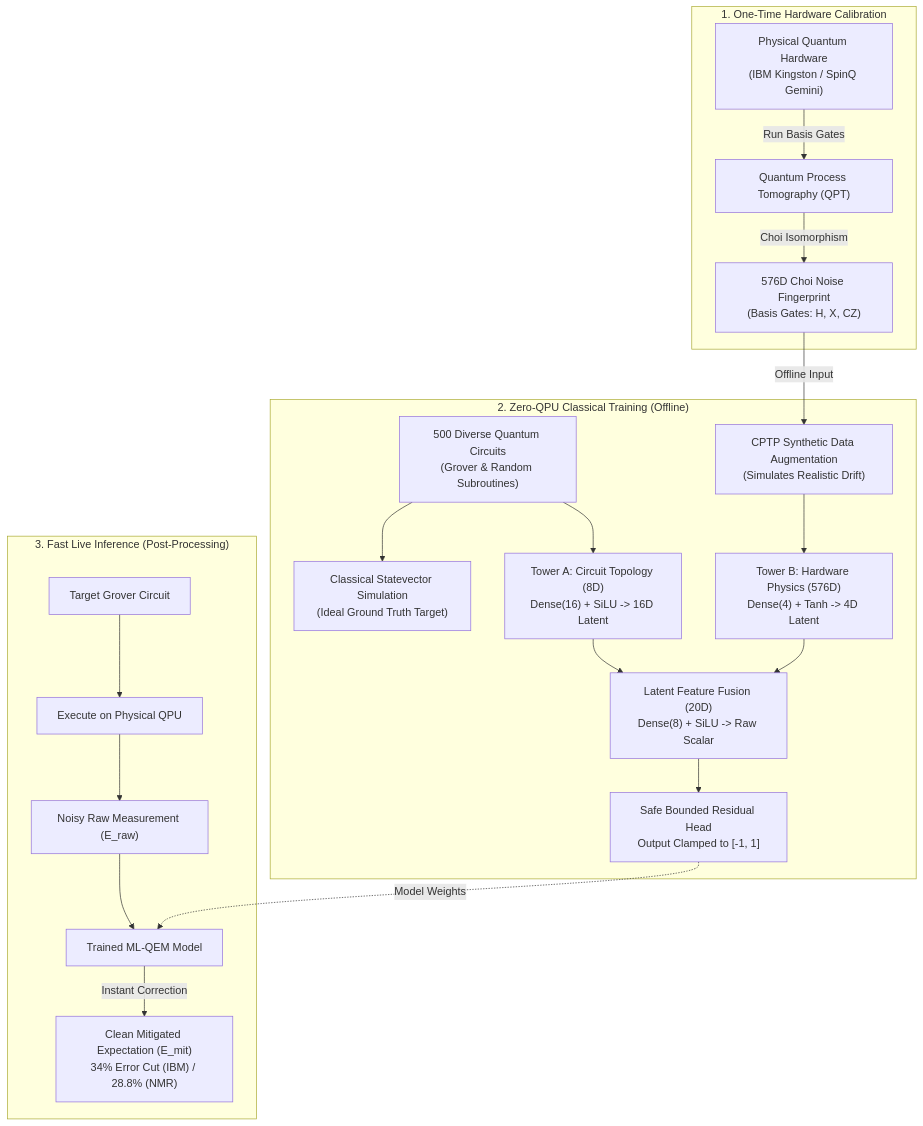
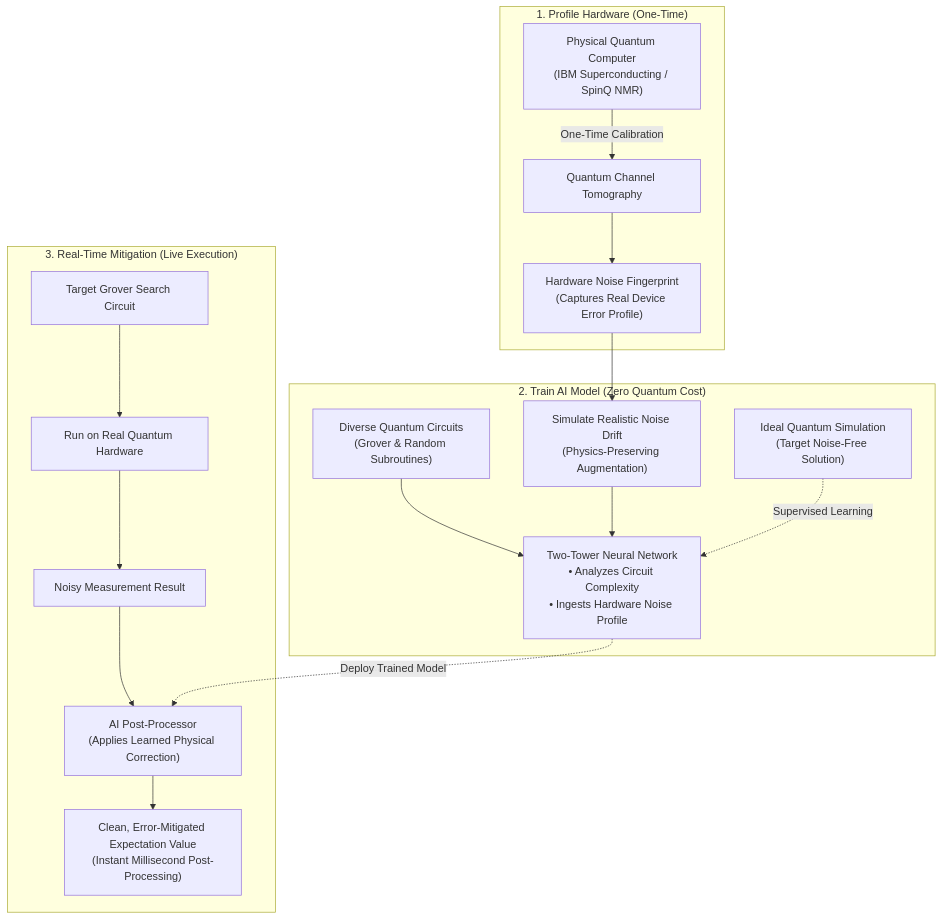
One commit to KasunikaKarunarathne/QEM-Grover-Mitigation changed the diagram in README.md. Above: the diagram before and after it, drawn with Mermaid.

Commit message:
Simplify architecture diagram to high-level conceptual flowchart

````diff
--- a/README.md
+++ b/README.md
@@ -30,42 +30,22 @@
 ```mermaid
 flowchart TD
-    subgraph Phase1 ["1. One-Time Hardware Calibration"]
-        HW["Physical Quantum Hardware<br/>(IBM Kingston / SpinQ Gemini)"]
-        QPT["Quantum Process Tomography (QPT)"]
-        CHOI["576D Choi Noise Fingerprint<br/>(Basis Gates: H, X, CZ)"]
-        HW -->|Run Basis Gates| QPT
-        QPT -->|Choi Isomorphism| CHOI
+    subgraph Phase1 ["1. Profile Hardware (One-Time)"]
+        QPU["Physical Quantum Computer<br/>(IBM Superconducting / SpinQ NMR)"] -->|One-Time Calibration| CALIB["Quantum Channel Tomography"]
+        CALIB --> NOISE_MAP["Hardware Noise Fingerprint<br/>(Captures Real Device Error Profile)"]
     end
 
-    subgraph Phase2 ["2. Zero-QPU Classical Training (Offline)"]
-        AUG["CPTP Synthetic Data Augmentation<br/>(Simulates Realistic Drift)"]
-        CIRCUITS["500 Diverse Quantum Circuits<br/>(Grover & Random Subroutines)"]
-        SIM["Classical Statevector Simulation<br/>(Ideal Ground Truth Target)"]
-        TOWER_A["Tower A: Circuit Topology (8D)<br/>Dense(16) + SiLU -> 16D Latent"]
-        TOWER_B["Tower B: Hardware Physics (576D)<br/>Dense(4) + Tanh -> 4D Latent"]
-        FUSION["Latent Feature Fusion (20D)<br/>Dense(8) + SiLU -> Raw Scalar"]
-        BOUNDED["Safe Bounded Residual Head<br/>Output Clamped to [-1, 1]"]
-
-        CHOI -->|Offline Input| AUG
-        AUG --> TOWER_B
-        CIRCUITS --> TOWER_A
-        CIRCUITS --> SIM
-        TOWER_A --> FUSION
-        TOWER_B --> FUSION
-        FUSION --> BOUNDED
+    subgraph Phase2 ["2. Train AI Model (Zero Quantum Cost)"]
+        NOISE_MAP --> NOISE_DRIFT["Simulate Realistic Noise Drift<br/>(Physics-Preserving Augmentation)"]
+        CIRCUITS["Diverse Quantum Circuits<br/>(Grover & Random Subroutines)"] --> AI_MODEL["Two-Tower Neural Network<br/>• Analyzes Circuit Complexity<br/>• Ingests Hardware Noise Profile"]
+        NOISE_DRIFT --> AI_MODEL
+        IDEAL_SIM["Ideal Quantum Simulation<br/>(Target Noise-Free Solution)"] -.->|Supervised Learning| AI_MODEL
     end
 
-    subgraph Phase3 ["3. Fast Live Inference (Post-Processing)"]
-        TARGET["Target Grover Circuit"]
-        RUN["Execute on Physical QPU"]
-        RAW["Noisy Raw Measurement (E_raw)"]
-        MODEL["Trained ML-QEM Model"]
-        MIT["Clean Mitigated Expectation (E_mit)<br/>34% Error Cut (IBM) / 28.8% (NMR)"]
-
-        TARGET --> RUN
-        RUN --> RAW
-        RAW --> MODEL
-        BOUNDED -.->|Model Weights| MODEL
-        MODEL -->|Instant Correction| MIT
+    subgraph Phase3 ["3. Real-Time Mitigation (Live Execution)"]
+        USER_CIRC["Target Grover Search Circuit"] --> RUN_HW["Run on Real Quantum Hardware"]
+        RUN_HW --> RAW_RESULT["Noisy Measurement Result"]
+        RAW_RESULT --> POST_PROC["AI Post-Processor<br/>(Applies Learned Physical Correction)"]
+        AI_MODEL -.->|Deploy Trained Model| POST_PROC
+        POST_PROC --> CLEAN_RESULT["Clean, Error-Mitigated Expectation Value<br/>(Instant Millisecond Post-Processing)"]
     end
 ```
````
